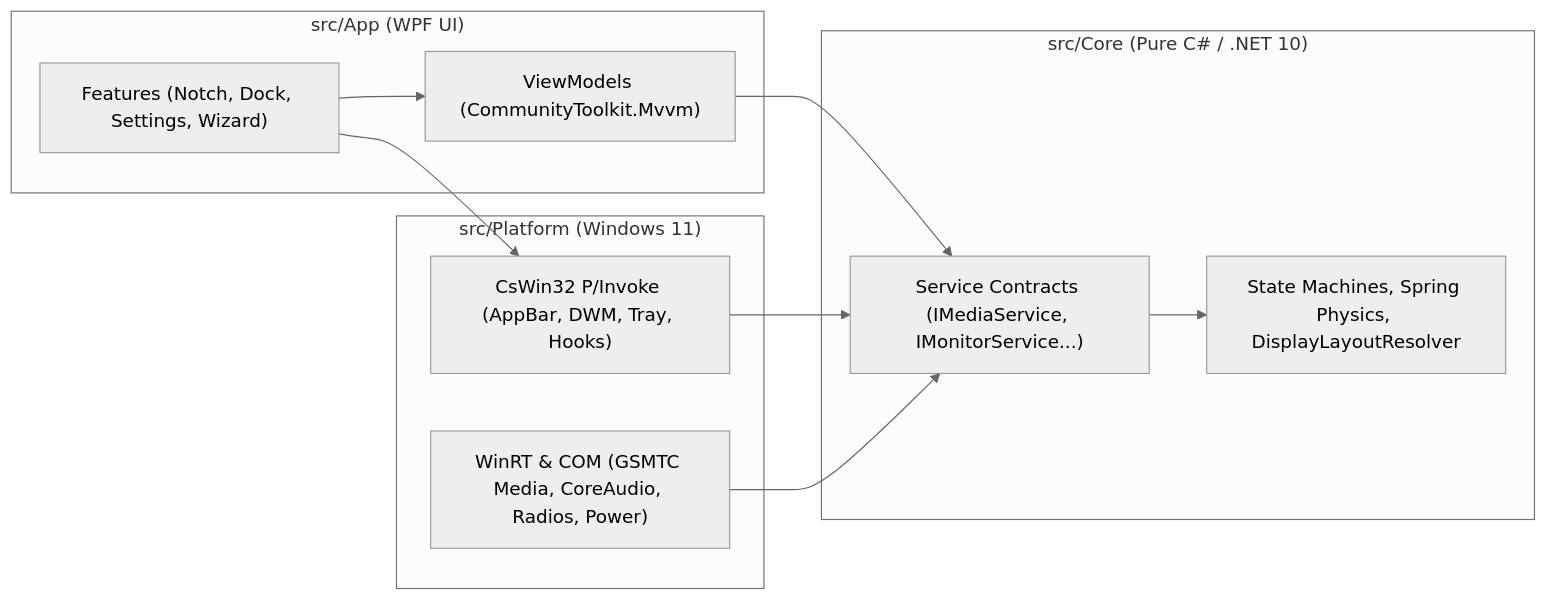
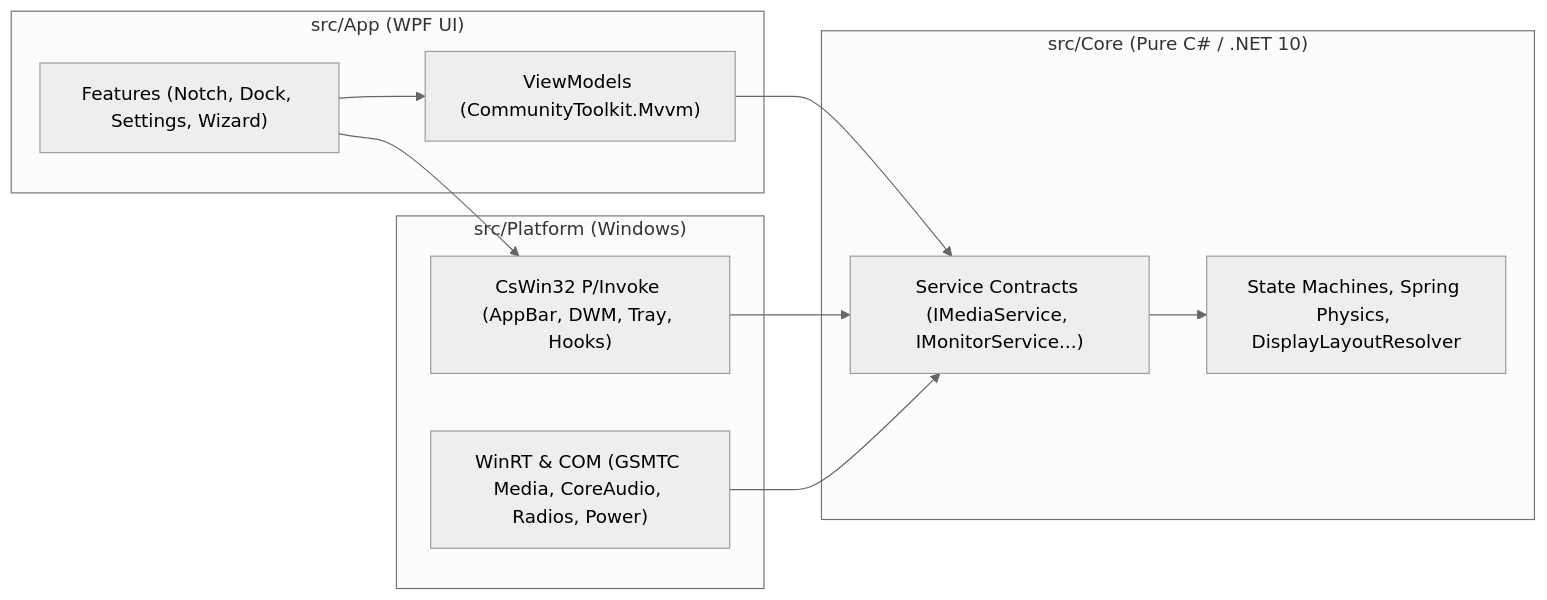
Before and after one commit to koyhq/koy: the diagram in README.md, drawn with Mermaid (neutral theme). The commit also changed other lines of this file and 4 other files, not shown here.

````diff
--- a/README.md
+++ b/README.md
@@ -169,24 +169,24 @@
 ```mermaid
 flowchart LR
     subgraph App["src/App (WPF UI)"]
         Features["Features (Notch, Dock, Settings, Wizard)"]
         VM["ViewModels (CommunityToolkit.Mvvm)"]
     end
 
-    subgraph Platform["src/Platform (Windows 11)"]
+    subgraph Platform["src/Platform (Windows)"]
         Win32["CsWin32 P/Invoke (AppBar, DWM, Tray, Hooks)"]
         WinRT["WinRT & COM (GSMTC Media, CoreAudio, Radios, Power)"]
     end
 
     subgraph Core["src/Core (Pure C# / .NET 10)"]
         Contracts["Service Contracts (IMediaService, IMonitorService...)"]
         Engine["State Machines, Spring Physics, DisplayLayoutResolver"]
     end
 
     Features --> VM
     VM --> Contracts
     Features --> Win32
     Win32 --> Contracts
     WinRT --> Contracts
     Contracts --> Engine
 ```
````
